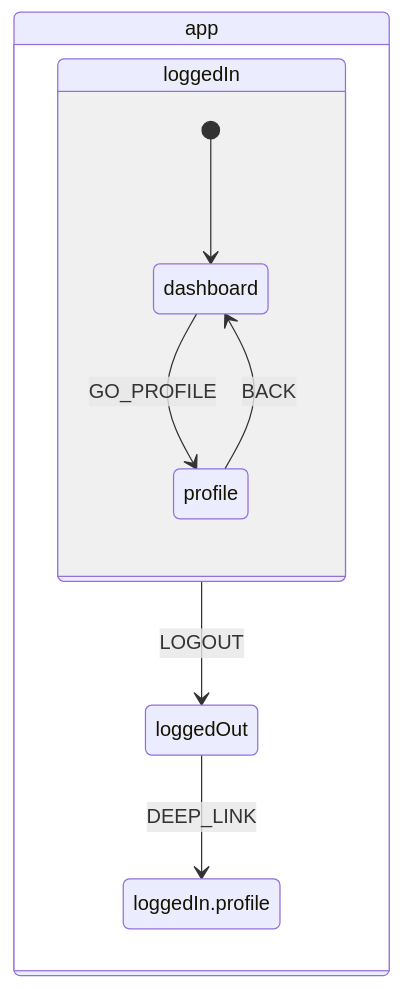
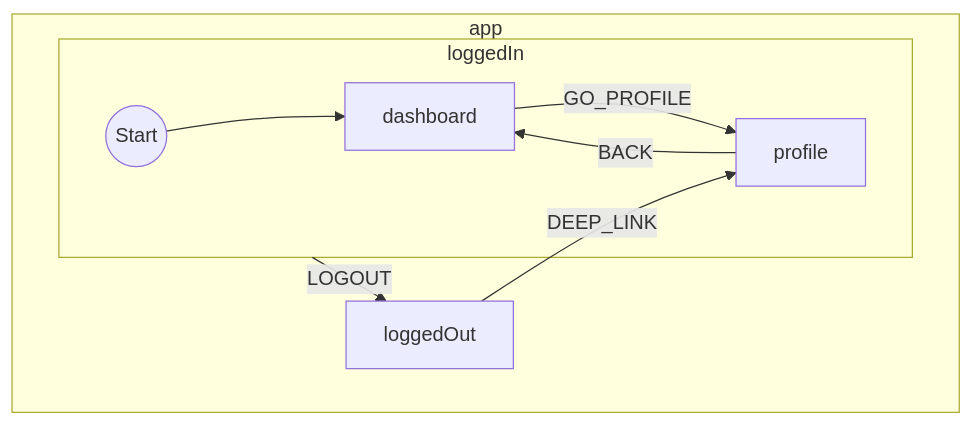
Before and after one commit to basiltt/xstate-statemachine: the second of 2 diagrams in docs/_guide/hierarchical.md, drawn with Mermaid. The commit also changed 9 other files, not shown here.

Commit message:
fix: preserve exported statechart structure and diagram labels

````diff
--- a/docs/_guide/hierarchical.md
+++ b/docs/_guide/hierarchical.md
@@ -160,12 +160,13 @@
 ```mermaid
-stateDiagram-v2
-    state app {
-        state loggedIn {
-            [*] --> dashboard
-            dashboard --> profile : GO_PROFILE
-            profile --> dashboard : BACK
-        }
-        loggedIn --> loggedOut : LOGOUT
-        loggedOut --> loggedIn.profile : DEEP_LINK
-    }
+flowchart TB
+    subgraph app["app"]
+        subgraph loggedIn["loggedIn"]
+            start((Start)) --> dashboard
+            dashboard -->|"GO_PROFILE"| profile
+            profile -->|"BACK"| dashboard
+        end
+        loggedOut["loggedOut"]
+        loggedIn -->|"LOGOUT"| loggedOut
+        loggedOut -->|"DEEP_LINK"| profile
+    end
 ```
````
